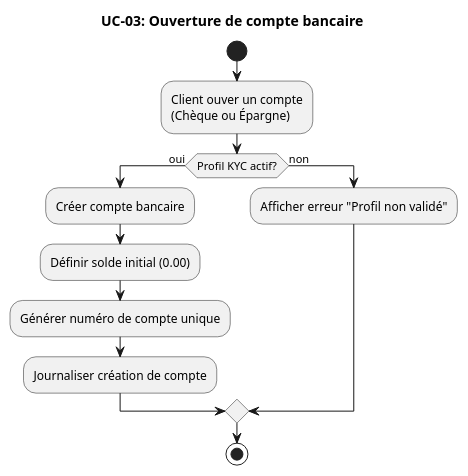
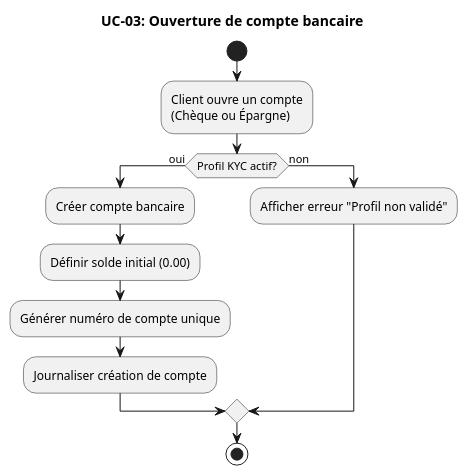
Before and after one commit to Toksunus/banksimple: the diagram in PlantUML/activity_UC-03.puml, drawn with PlantUML. The commit also changed 34 other files, not shown here.

Commit message:
plantUML diagram changes

```diff
--- a/PlantUML/activity_UC-03.puml
+++ b/PlantUML/activity_UC-03.puml
@@ -1,22 +1,22 @@
-@startuml
+@startuml activity_UC-03
 title UC-03: Ouverture de compte bancaire
 
 start
 
-:Client ouver un compte\n(Chèque ou Épargne);
+:Client ouvre un compte\n(Chèque ou Épargne);
 
 if (Profil KYC actif?) then (oui)
-  
+
   :Créer compte bancaire;
   :Définir solde initial (0.00);
   :Générer numéro de compte unique;
-  
+
   :Journaliser création de compte;
-  
+
 else (non)
   :Afficher erreur "Profil non validé";
 endif
 
 stop
 
 @enduml
```
